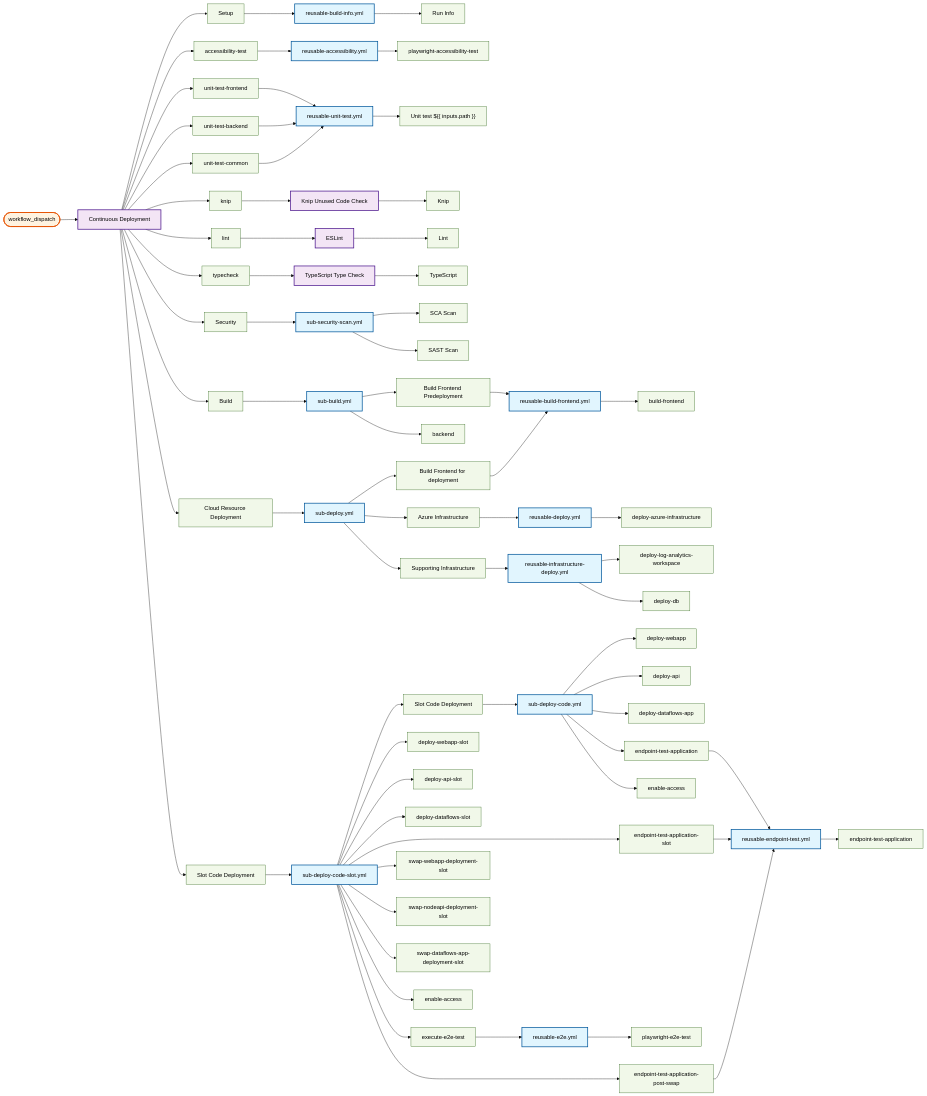
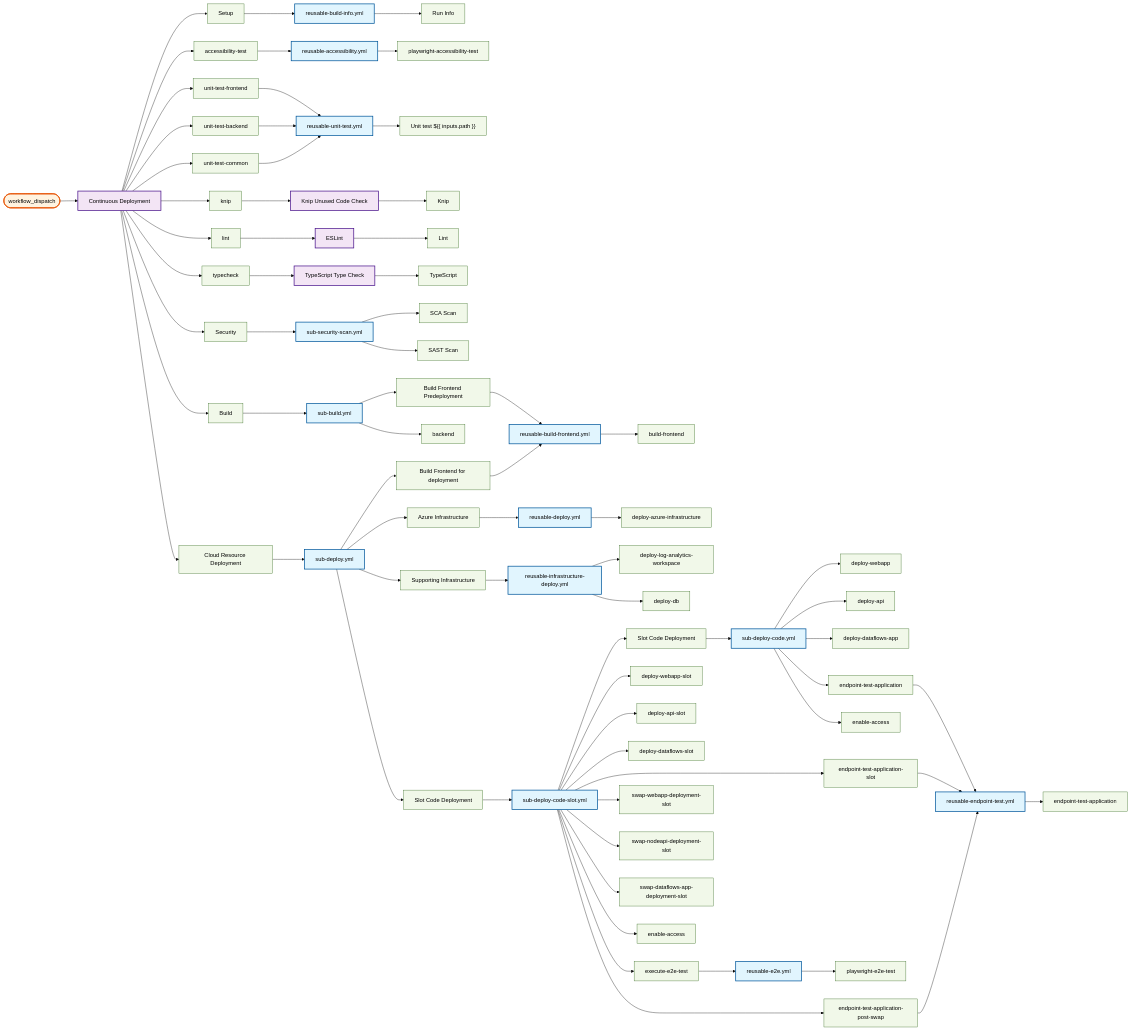
Diagram 14 of 25 in docs/operations/workflow-diagram.md (US-Trustee-Program/Bankruptcy-Oversight-Support-Systems), drawn with Mermaid (base theme) before and after one commit. The commit also changed other lines of this file and 3 other files, not shown here.

First line of the commit message:
Nest deploy-code-slot to close concurrency gap

```diff
--- a/docs/operations/workflow-diagram.md
+++ b/docs/operations/workflow-diagram.md
@@ -851,7 +696,7 @@
     reusable_infrastructure_deploy_yml["reusable-infrastructure-deploy.yml"]
     reusable_infrastructure_deploy_yml_deploy_log_analytics_workspace["deploy-log-analytics-workspace"]
     reusable_infrastructure_deploy_yml_deploy_db["deploy-db"]
-    continuous_deployment_yml_deploy_code_slot["Slot Code Deployment"]
+    sub_deploy_yml_deploy_code_slot["Slot Code Deployment"]
     sub_deploy_code_slot_yml["sub-deploy-code-slot.yml"]
     sub_deploy_code_slot_yml_deploy_code["Slot Code Deployment"]
     sub_deploy_code_yml["sub-deploy-code.yml"]
@@ -918,8 +763,7 @@
     reusable_infrastructure_deploy_yml --> reusable_infrastructure_deploy_yml_deploy_log_analytics_workspace
     reusable_infrastructure_deploy_yml --> reusable_infrastructure_deploy_yml_deploy_db
     sub_deploy_yml_deploy_supporting_infrastructure --> reusable_infrastructure_deploy_yml
-    continuous_deployment_yml_deploy --> sub_deploy_yml
-    continuous_deployment_yml --> continuous_deployment_yml_deploy_code_slot
+    sub_deploy_yml --> sub_deploy_yml_deploy_code_slot
     sub_deploy_code_slot_yml --> sub_deploy_code_slot_yml_deploy_code
     sub_deploy_code_yml --> sub_deploy_code_yml_deploy_webapp
     sub_deploy_code_yml --> sub_deploy_code_yml_deploy_api
@@ -943,7 +787,8 @@
     sub_deploy_code_slot_yml --> sub_deploy_code_slot_yml_endpoint_test_application_post_swap
     sub_deploy_code_slot_yml_endpoint_test_application_post_swap --> reusable_endpoint_test_yml
     sub_deploy_code_slot_yml --> sub_deploy_code_slot_yml_enable_access
-    continuous_deployment_yml_deploy_code_slot --> sub_deploy_code_slot_yml
+    sub_deploy_yml_deploy_code_slot --> sub_deploy_code_slot_yml
+    continuous_deployment_yml_deploy --> sub_deploy_yml
 
     classDef reusable fill:#e1f5fe,stroke:#01579b,stroke-width:2px,color:#000000
     classDef mainWorkflow fill:#f3e5f5,stroke:#4a148c,stroke-width:2px,color:#000000
@@ -992,7 +837,7 @@
     class reusable_infrastructure_deploy_yml reusable
     class reusable_infrastructure_deploy_yml_deploy_log_analytics_workspace job
     class reusable_infrastructure_deploy_yml_deploy_db job
-    class continuous_deployment_yml_deploy_code_slot job
+    class sub_deploy_yml_deploy_code_slot job
     class sub_deploy_code_slot_yml reusable
     class sub_deploy_code_slot_yml_deploy_code job
     class sub_deploy_code_yml reusable
```
